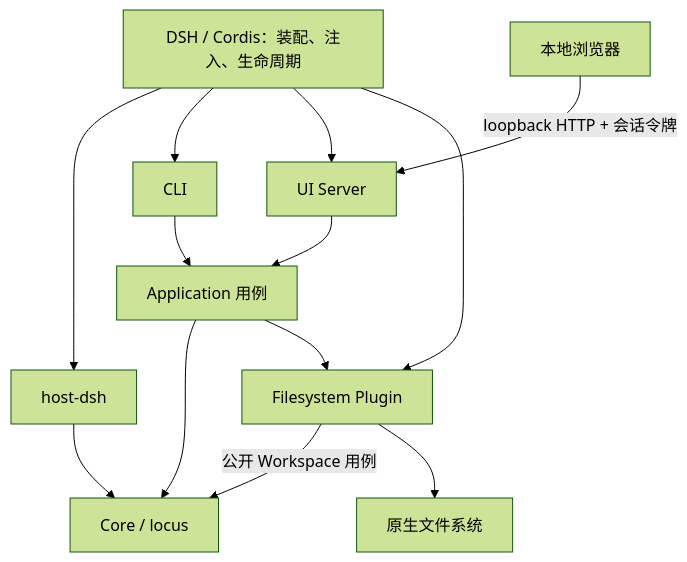
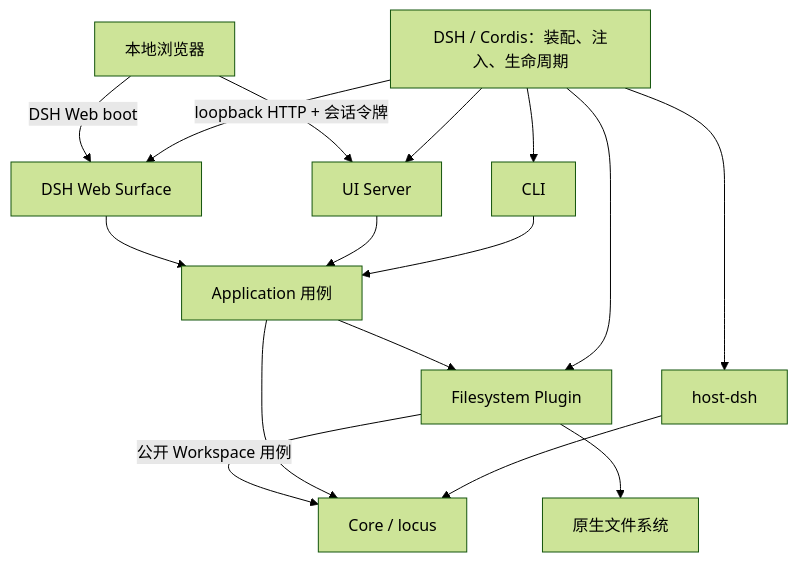
Before and after one commit to SWdrift/locus-workspace: the diagram in docs/architecture.md, drawn with Mermaid (forest theme). The commit also changed other lines of this file and 32 other files, not shown here.

````diff
--- a/docs/architecture.md
+++ b/docs/architecture.md
@@ -26,15 +27,18 @@
 ```mermaid
 flowchart TD
     DSH["DSH / Cordis：装配、注入、生命周期"] --> Host["host-dsh"]
     DSH --> CLI["CLI"]
     DSH --> UI["UI Server"]
     DSH --> FS["Filesystem Plugin"]
+    DSH --> Surface["DSH Web Surface"]
     Host --> Core["Core / locus"]
     CLI --> App["Application 用例"]
     UI --> App
+    Surface --> App
     App --> Core
     App --> FS
     FS -->|"公开 Workspace 用例"| Core
     FS --> Files["原生文件系统"]
     Browser["本地浏览器"] -->|"loopback HTTP + 会话令牌"| UI
+    Browser -->|"DSH Web boot"| Surface
 ```
````
